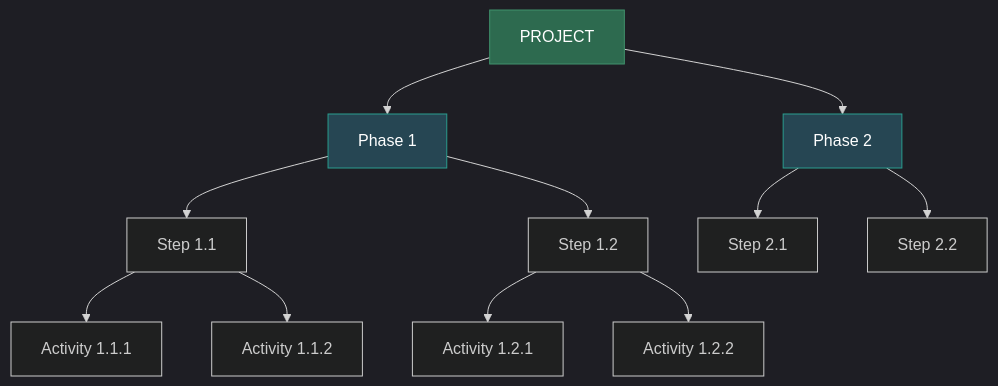
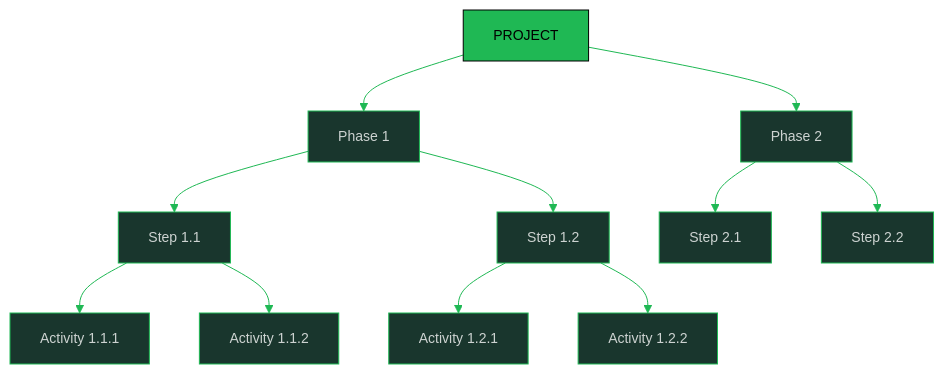
Before and after one commit to oat431/swe-knowledge: the diagram in engineering-foundation-note/02 SWE Process/11_Project_Planning_and_Management.md, drawn with Mermaid. The commit also changed other lines of this file and 23 other files, not shown here.

````diff
--- a/engineering-foundation-note/02 SWE Process/11_Project_Planning_and_Management.md
+++ b/engineering-foundation-note/02 SWE Process/11_Project_Planning_and_Management.md
@@ -20,30 +20,30 @@
 ```mermaid
-%%{init: {'theme':'dark'}}%%
+%%{init: {'theme':'base','themeVariables':{'primaryColor':'#19362D','primaryTextColor':'#CDD3D1','primaryBorderColor':'#1FB854','lineColor':'#1FB854','background':'#1B1717','mainBkg':'#19362D','clusterBkg':'#161212','edgeLabelBackground':'#161212','titleColor':'#1FB854','fontSize':'14px'}}}%%
 graph TD
     P["PROJECT"]
     P1["Phase 1"]
     P2["Phase 2"]
     S11["Step 1.1"]
     S12["Step 1.2"]
     S21["Step 2.1"]
     S22["Step 2.2"]
     A111["Activity 1.1.1"]
     A112["Activity 1.1.2"]
     A121["Activity 1.2.1"]
     A122["Activity 1.2.2"]
 
     P --> P1
     P --> P2
     P1 --> S11
     P1 --> S12
     P2 --> S21
     P2 --> S22
     S11 --> A111
     S11 --> A112
     S12 --> A121
     S12 --> A122
 
-    style P fill:#2d6a4f,stroke:#40916c,color:#fff
-    style P1 fill:#264653,stroke:#2a9d8f,color:#fff
-    style P2 fill:#264653,stroke:#2a9d8f,color:#fff
+    style P fill:#1FB854,stroke:#000000,color:#000000
+    style P1 fill:#19362D,stroke:#1FB854,color:#CDD3D1
+    style P2 fill:#19362D,stroke:#1FB854,color:#CDD3D1
 ```
````
